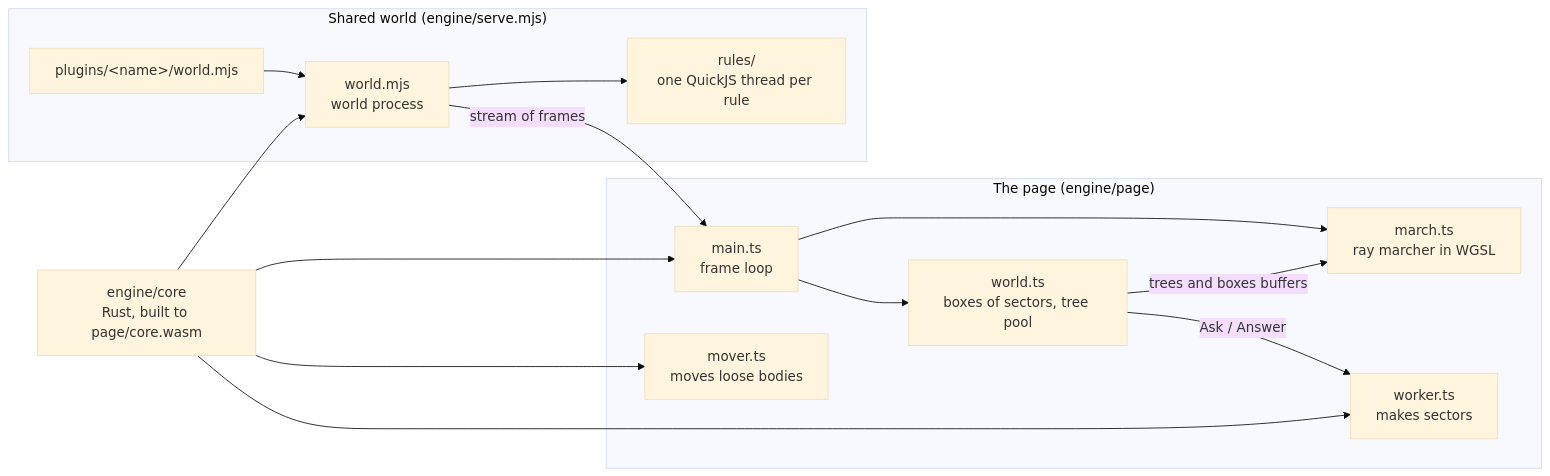
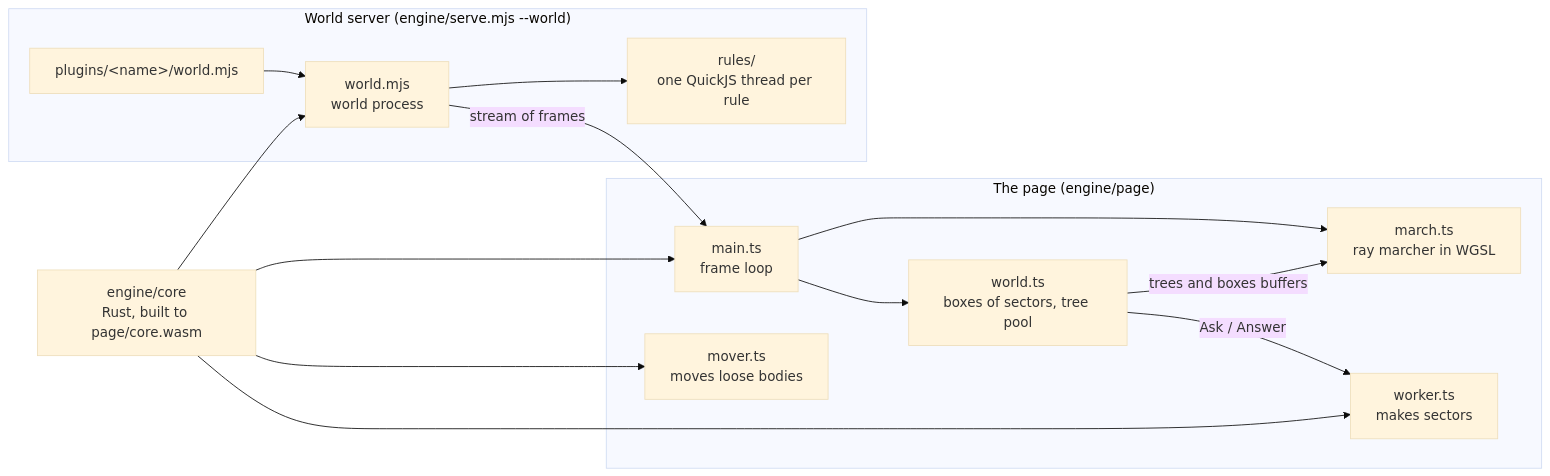
One commit to voxelwright/voxelwright changed the diagram in guide/engine.md. Above: the diagram before and after it, drawn with Mermaid (base theme). The commit also changed other lines of this file and 78 other files, not shown here.

````diff
--- a/guide/engine.md
+++ b/guide/engine.md
@@ -19,27 +20,27 @@
 ```mermaid
 flowchart LR
   Core["engine/core<br/>Rust, built to page/core.wasm"]
   subgraph Browser["The page (engine/page)"]
     Main["main.ts<br/>frame loop"]
     World["world.ts<br/>boxes of sectors, tree pool"]
     Worker["worker.ts<br/>makes sectors"]
     Mover["mover.ts<br/>moves loose bodies"]
     March["march.ts<br/>ray marcher in WGSL"]
   end
-  subgraph Server["Shared world (engine/serve.mjs)"]
+  subgraph Server["World server (engine/serve.mjs --world)"]
     Proc["world.mjs<br/>world process"]
     Rules["rules/<br/>one QuickJS thread per rule"]
     Plugins["plugins/&lt;name&gt;/world.mjs"]
   end
   Core --> Worker
   Core --> Mover
   Core --> Main
   Core --> Proc
   World -- "Ask / Answer" --> Worker
   World -- "trees and boxes buffers" --> March
   Main --> World
   Main --> March
   Proc -- "stream of frames" --> Main
   Proc --> Rules
   Plugins --> Proc
 ```
````
